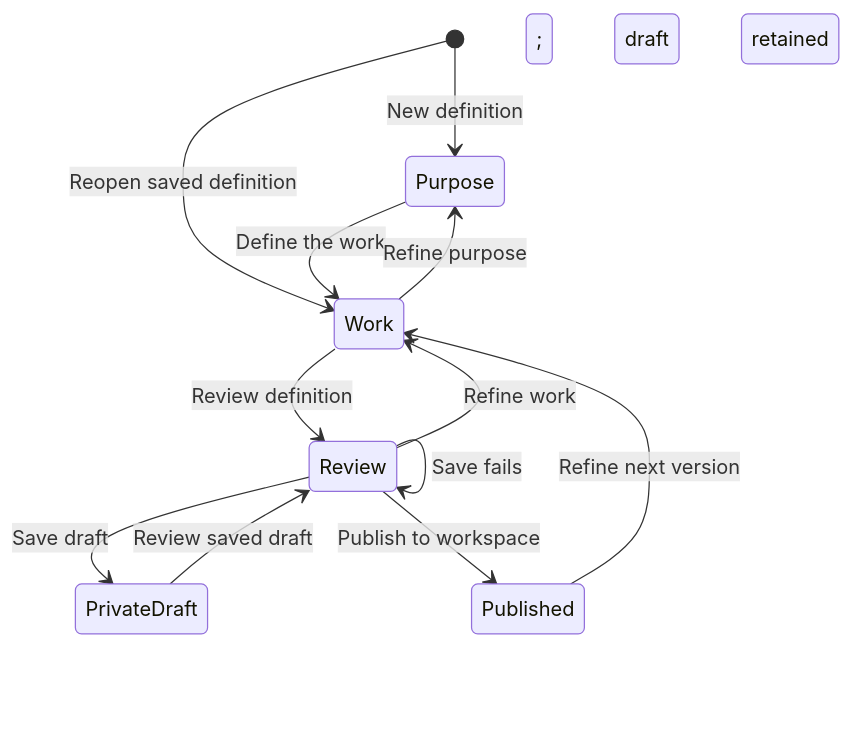
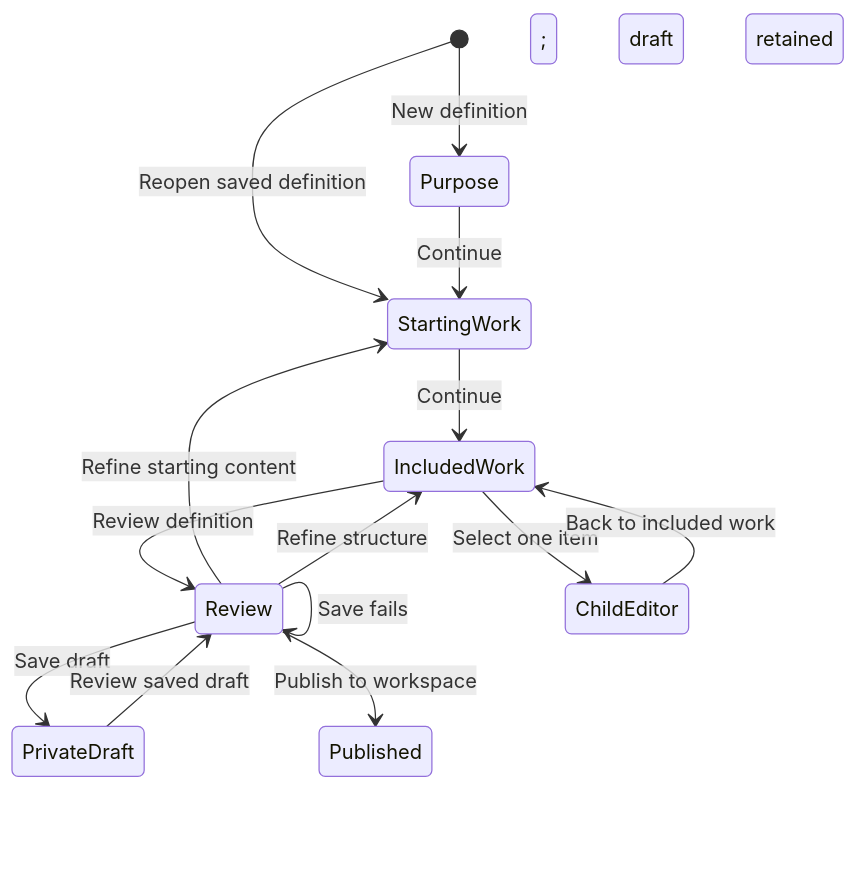
The diagram in docs/core/work-template-ui.md (TheHypertextStudio/athena-web), drawn with Mermaid before and after one commit. The commit also changed other lines of this file and 87 other files, not shown here.

First line of the commit message:
feat(web): Isolate work definition and planning activities

````diff
--- a/docs/core/work-template-ui.md
+++ b/docs/core/work-template-ui.md
@@ -44,14 +46,16 @@
 ```mermaid
 stateDiagram-v2
     [*] --> Purpose: New definition
-    [*] --> Work: Reopen saved definition
-    Purpose --> Work: Define the work
-    Work --> Purpose: Refine purpose
-    Work --> Review: Review definition
-    Review --> Work: Refine work
+    [*] --> StartingWork: Reopen saved definition
+    Purpose --> StartingWork: Continue
+    StartingWork --> IncludedWork: Continue
+    IncludedWork --> Review: Review definition
+    Review --> StartingWork: Refine starting content
+    Review --> IncludedWork: Refine structure
+    IncludedWork --> ChildEditor: Select one item
+    ChildEditor --> IncludedWork: Back to included work
     Review --> PrivateDraft: Save draft
     PrivateDraft --> Review: Review saved draft
     Review --> Published: Publish to workspace
     Review --> Review: Save fails; draft retained
-    Published --> Work: Refine next version
 ```
````
